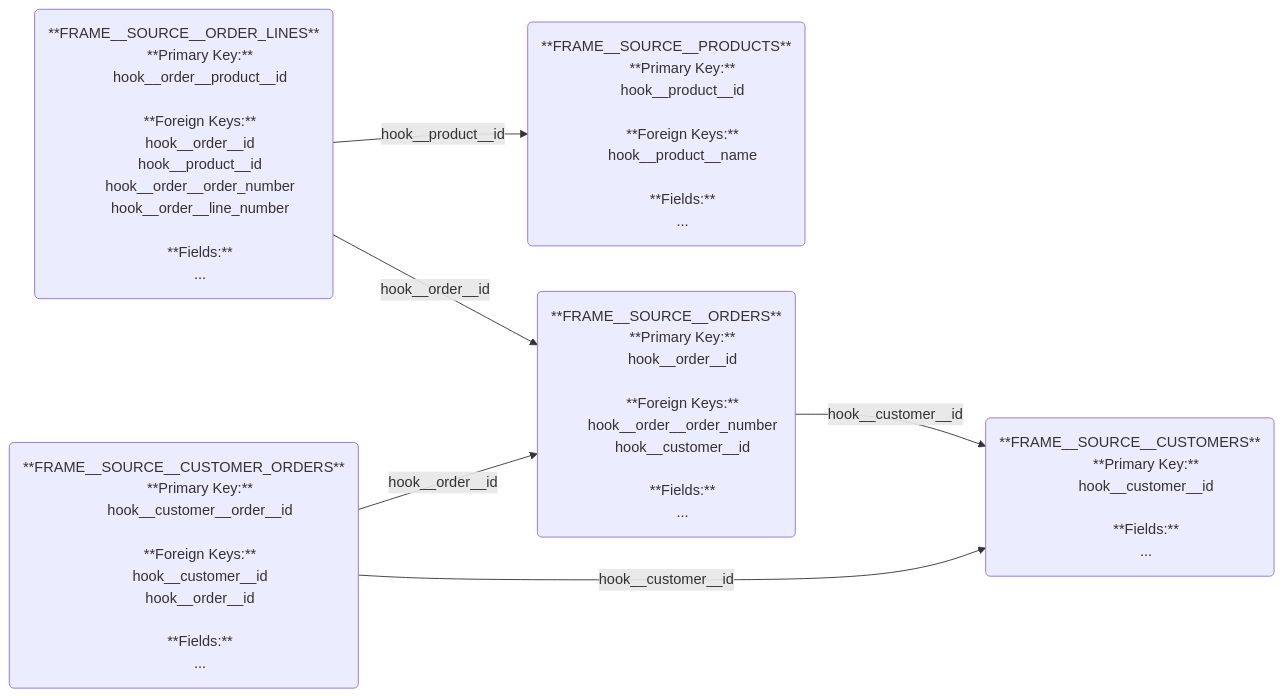
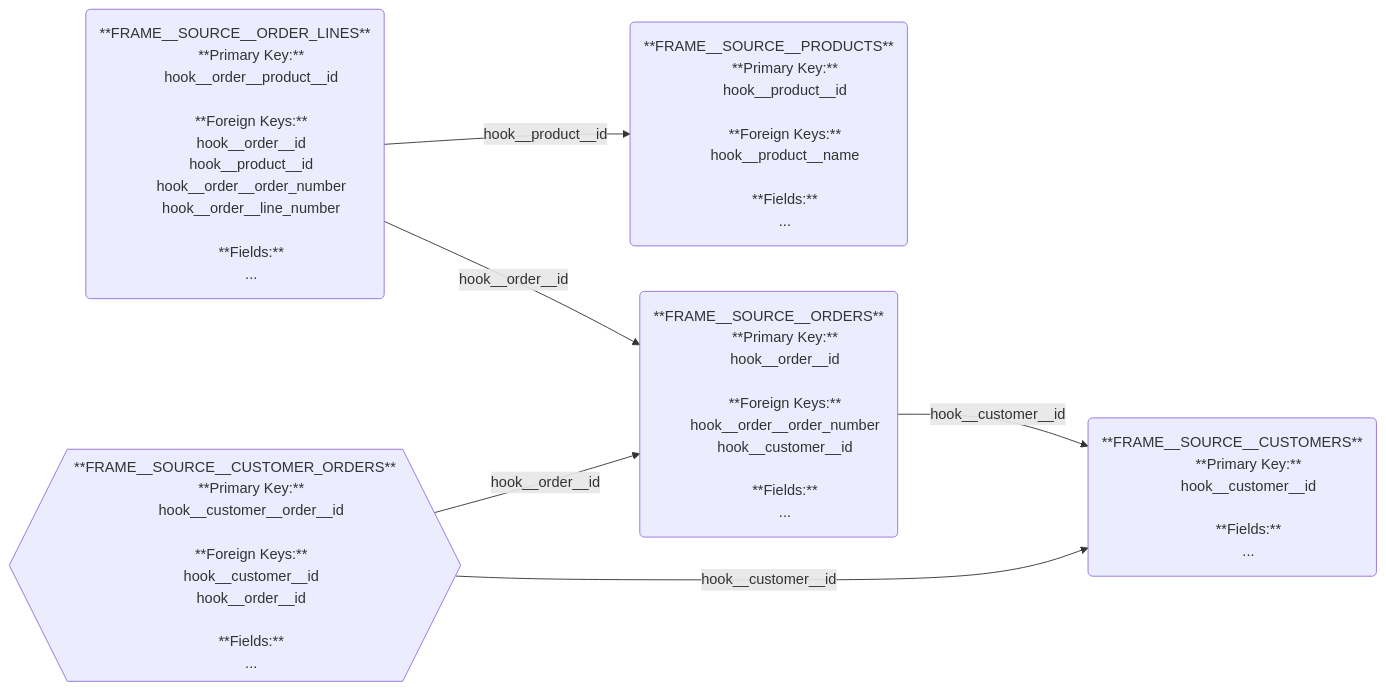
Before and after one commit to mattiasthalen/hook-forge: the first of 2 diagrams in test/fixtures/documentation.md, drawn with Mermaid. The commit also changed 1 other file, not shown here.

Commit message:
Change shape of non-generated frames

````diff
--- a/test/fixtures/documentation.md
+++ b/test/fixtures/documentation.md
@@ -4,74 +4,74 @@
 ```mermaid
 flowchart LR
     %% Entities
     frame__source__products("
         **FRAME__SOURCE__PRODUCTS**
         **Primary Key:**
         hook__product__id
         &nbsp;
         **Foreign Keys:**
         hook__product__name
         &nbsp;
         **Fields:**
         ...
     ")
 
     frame__source__customers("
         **FRAME__SOURCE__CUSTOMERS**
         **Primary Key:**
         hook__customer__id
         &nbsp;
         **Fields:**
         ...
     ")
 
     frame__source__orders("
         **FRAME__SOURCE__ORDERS**
         **Primary Key:**
         hook__order__id
         &nbsp;
         **Foreign Keys:**
         hook__order__order_number
         hook__customer__id
         &nbsp;
         **Fields:**
         ...
     ")
 
     frame__source__order_lines("
         **FRAME__SOURCE__ORDER_LINES**
         **Primary Key:**
         hook__order__product__id
         &nbsp;
         **Foreign Keys:**
         hook__order__id
         hook__product__id
         hook__order__order_number
         hook__order__line_number
         &nbsp;
         **Fields:**
         ...
     ")
 
-    frame__source__customer_orders("
+    frame__source__customer_orders{{"
         **FRAME__SOURCE__CUSTOMER_ORDERS**
         **Primary Key:**
         hook__customer__order__id
         &nbsp;
         **Foreign Keys:**
         hook__customer__id
         hook__order__id
         &nbsp;
         **Fields:**
         ...
-    ")
+    "}}
 
     %% Relations
     frame__source__orders -- hook__customer__id --> frame__source__customers
 
     frame__source__order_lines -- hook__order__id --> frame__source__orders
     frame__source__order_lines -- hook__product__id --> frame__source__products
 
     frame__source__customer_orders -- hook__customer__id --> frame__source__customers
     frame__source__customer_orders -- hook__order__id --> frame__source__orders
 ```
````
